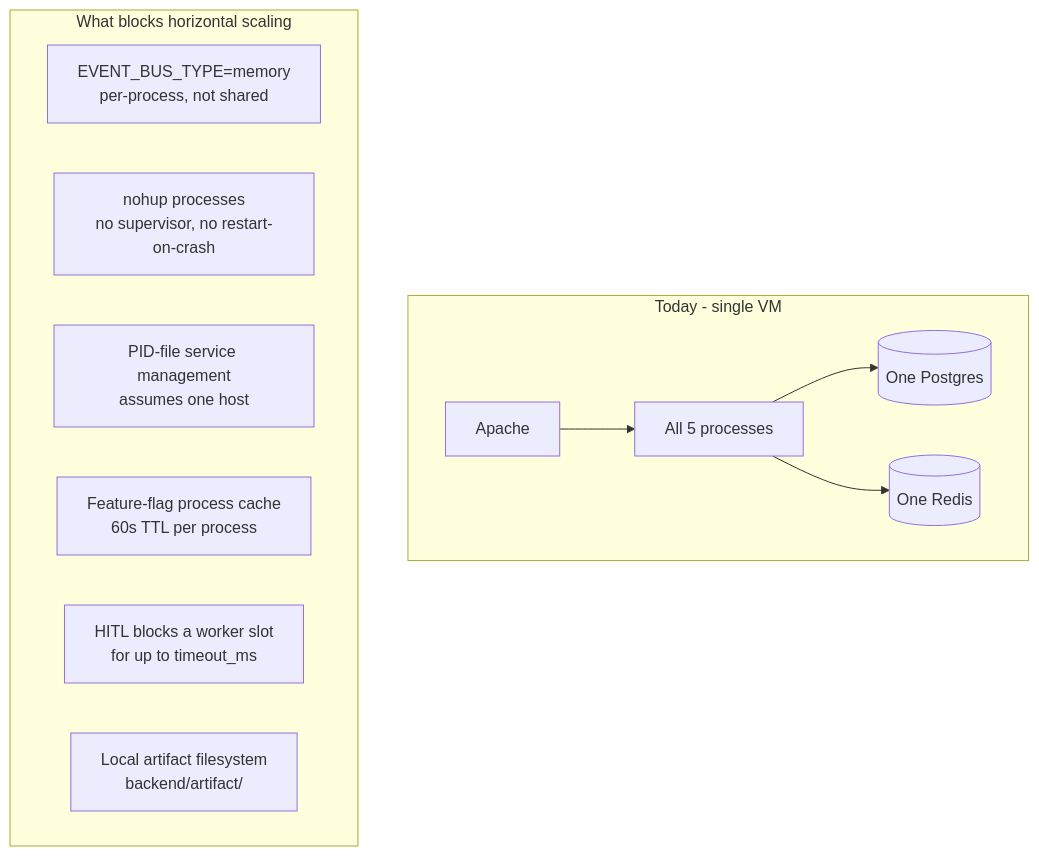
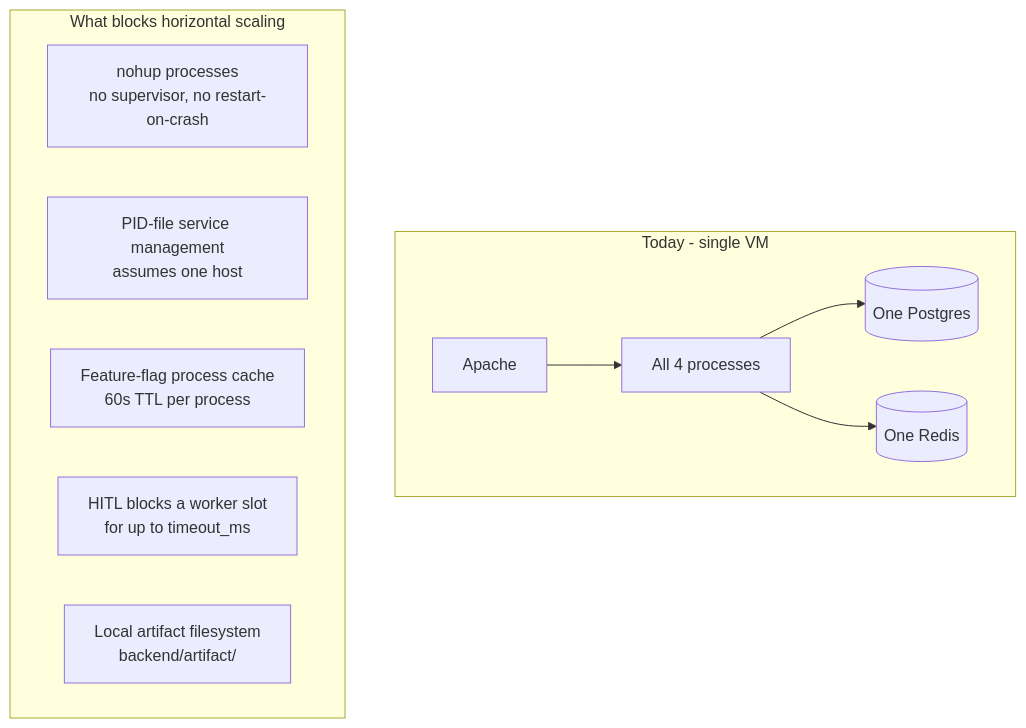
Before and after one commit to gondolerahul/hire-buddha-app: diagram 16 of 16 in docs/current/18-infrastructure-and-deployment.md, drawn with Mermaid. The commit also changed other lines of this file and 15 other files, not shown here.

````diff
--- a/docs/current/18-infrastructure-and-deployment.md
+++ b/docs/current/18-infrastructure-and-deployment.md
@@ -1266,16 +1258,15 @@
 ```mermaid
 flowchart TB
     subgraph Current["Today - single VM"]
-        A["Apache"] --> P1["All 5 processes"]
+        A["Apache"] --> P1["All 4 processes"]
         P1 --> D1[("One Postgres")]
         P1 --> R1[("One Redis")]
     end
     subgraph Blockers["What blocks horizontal scaling"]
-        B1["EVENT_BUS_TYPE=memory<br/>per-process, not shared"]
         B2["nohup processes<br/>no supervisor, no restart-on-crash"]
         B3["PID-file service management<br/>assumes one host"]
         B4["Feature-flag process cache<br/>60s TTL per process"]
         B5["HITL blocks a worker slot<br/>for up to timeout_ms"]
         B6["Local artifact filesystem<br/>backend/artifact/"]
     end
 ```
````
